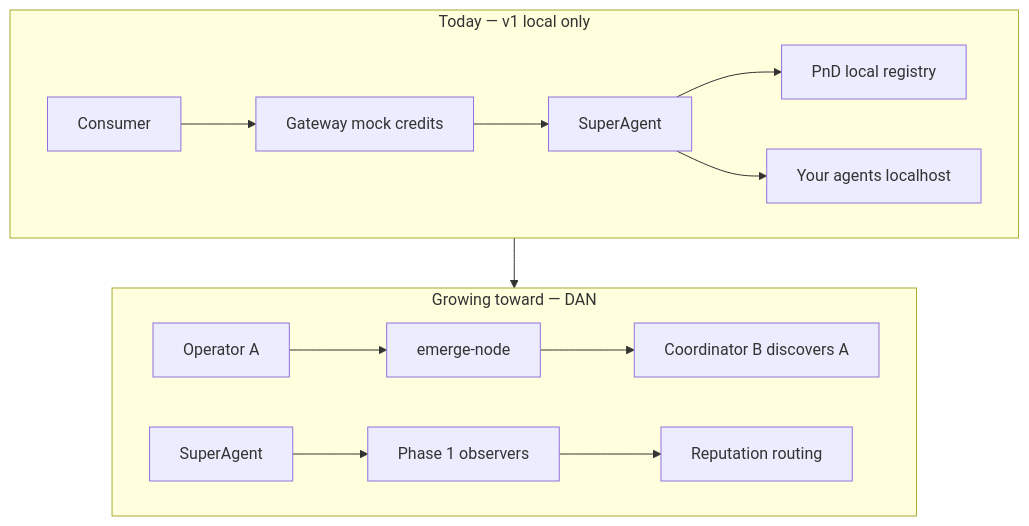
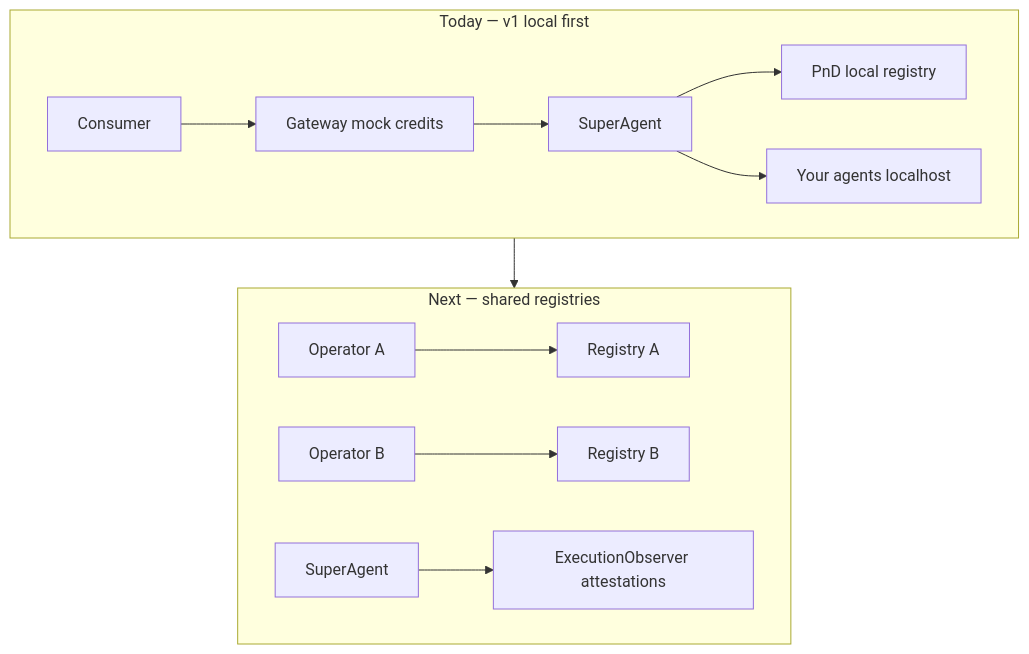
Before and after one commit to azank1/orcha: the second of 2 diagrams in docs/join.md, drawn with Mermaid. The commit also changed other lines of this file and 264 other files, not shown here.

````diff
--- a/docs/join.md
+++ b/docs/join.md
@@ -33,18 +33,17 @@
 ```mermaid
 flowchart TB
-  subgraph today [Today — v1 local only]
+  subgraph today [Today — v1 local first]
     C1[Consumer] --> GW1[Gateway mock credits]
     GW1 --> SA1[SuperAgent]
     SA1 --> PnD1[PnD local registry]
     SA1 --> A_local[Your agents localhost]
   end
 
-  subgraph future [Growing toward — DAN]
-    OpA[Operator A] --> NodeA[emerge-node]
-    NodeA --> CoordB[Coordinator B discovers A]
-    SA2[SuperAgent] --> Val[Phase 1 observers]
-    Val --> Rep[Reputation routing]
+  subgraph next2 [Next — shared registries]
+    OpA[Operator A] --> RegA[Registry A]
+    OpB[Operator B] --> RegB[Registry B]
+    SA2[SuperAgent] --> Obs[ExecutionObserver attestations]
   end
 
-  today --> future
+  today --> next2
 ```
````
